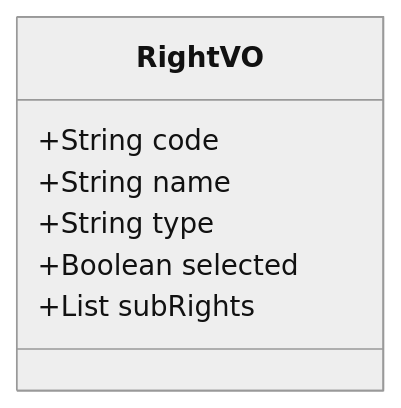
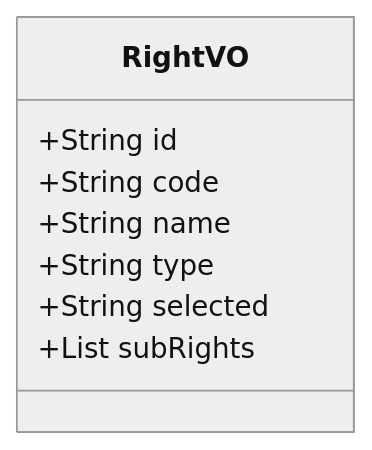
Before and after one commit to yangld/learn: the diagram in 待办事项/权限管理类图.md, drawn with Mermaid (neutral theme). The commit also changed other lines of this file and 8 other files, not shown here.

````diff
--- a/待办事项/权限管理类图.md
+++ b/待办事项/权限管理类图.md
@@ -4,10 +4,11 @@
 ```mermaid
 classDiagram
 	class RightVO{
+	    +String id
 		+String code
 		+String name
 		+String type
-		+Boolean selected
+		+String selected
 		+List<RightVO> subRights
 	}
 ```
````
